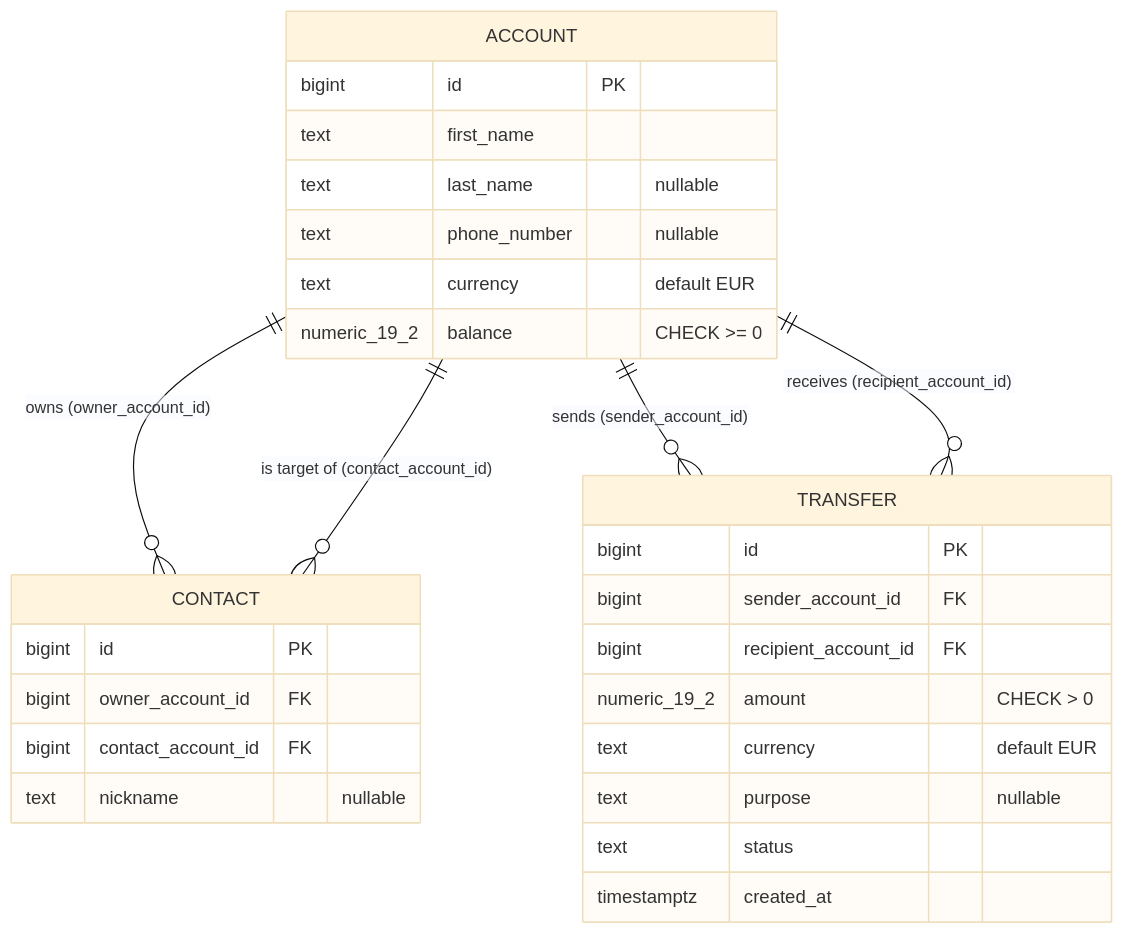
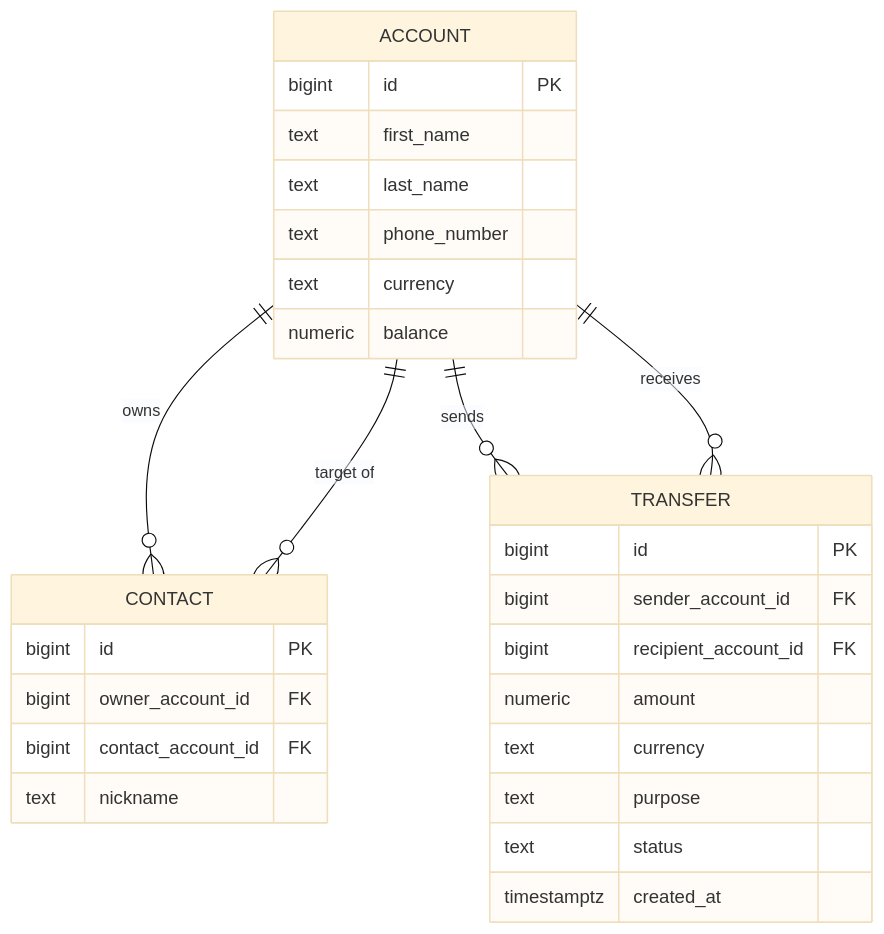
Before and after one commit to adityamparikh/koog-spring-boot: the diagram in docs/data-model.md, drawn with Mermaid (base theme). The commit also changed other lines of this file, not shown here.

Commit message:
docs: make data-model ER diagram render reliably
Simplify the Mermaid erDiagram for maximum renderer compatibility:
- drop quoted attribute comments (e.g. "CHECK >= 0", "nullable")
- use plain types (numeric_19_2 -> numeric)
- single-word relationship labels

Column nullability/constraints are preserved as a note beneath the diagram.

````diff
--- a/docs/data-model.md
+++ b/docs/data-model.md
@@ -33,32 +33,32 @@
 ```mermaid
 erDiagram
-    ACCOUNT ||--o{ CONTACT  : "owns (owner_account_id)"
-    ACCOUNT ||--o{ CONTACT  : "is target of (contact_account_id)"
-    ACCOUNT ||--o{ TRANSFER : "sends (sender_account_id)"
-    ACCOUNT ||--o{ TRANSFER : "receives (recipient_account_id)"
+    ACCOUNT ||--o{ CONTACT : owns
+    ACCOUNT ||--o{ CONTACT : "target of"
+    ACCOUNT ||--o{ TRANSFER : sends
+    ACCOUNT ||--o{ TRANSFER : receives
 
     ACCOUNT {
-        bigint        id PK
-        text          first_name
-        text          last_name    "nullable"
-        text          phone_number "nullable"
-        text          currency     "default EUR"
-        numeric_19_2  balance      "CHECK >= 0"
+        bigint id PK
+        text first_name
+        text last_name
+        text phone_number
+        text currency
+        numeric balance
     }
     CONTACT {
-        bigint  id PK
-        bigint  owner_account_id   FK
-        bigint  contact_account_id FK
-        text    nickname "nullable"
+        bigint id PK
+        bigint owner_account_id FK
+        bigint contact_account_id FK
+        text nickname
     }
     TRANSFER {
-        bigint        id PK
-        bigint        sender_account_id    FK
-        bigint        recipient_account_id FK
-        numeric_19_2  amount   "CHECK > 0"
-        text          currency "default EUR"
-        text          purpose  "nullable"
-        text          status
-        timestamptz   created_at
+        bigint id PK
+        bigint sender_account_id FK
+        bigint recipient_account_id FK
+        numeric amount
+        text currency
+        text purpose
+        text status
+        timestamptz created_at
     }
 ```
````
